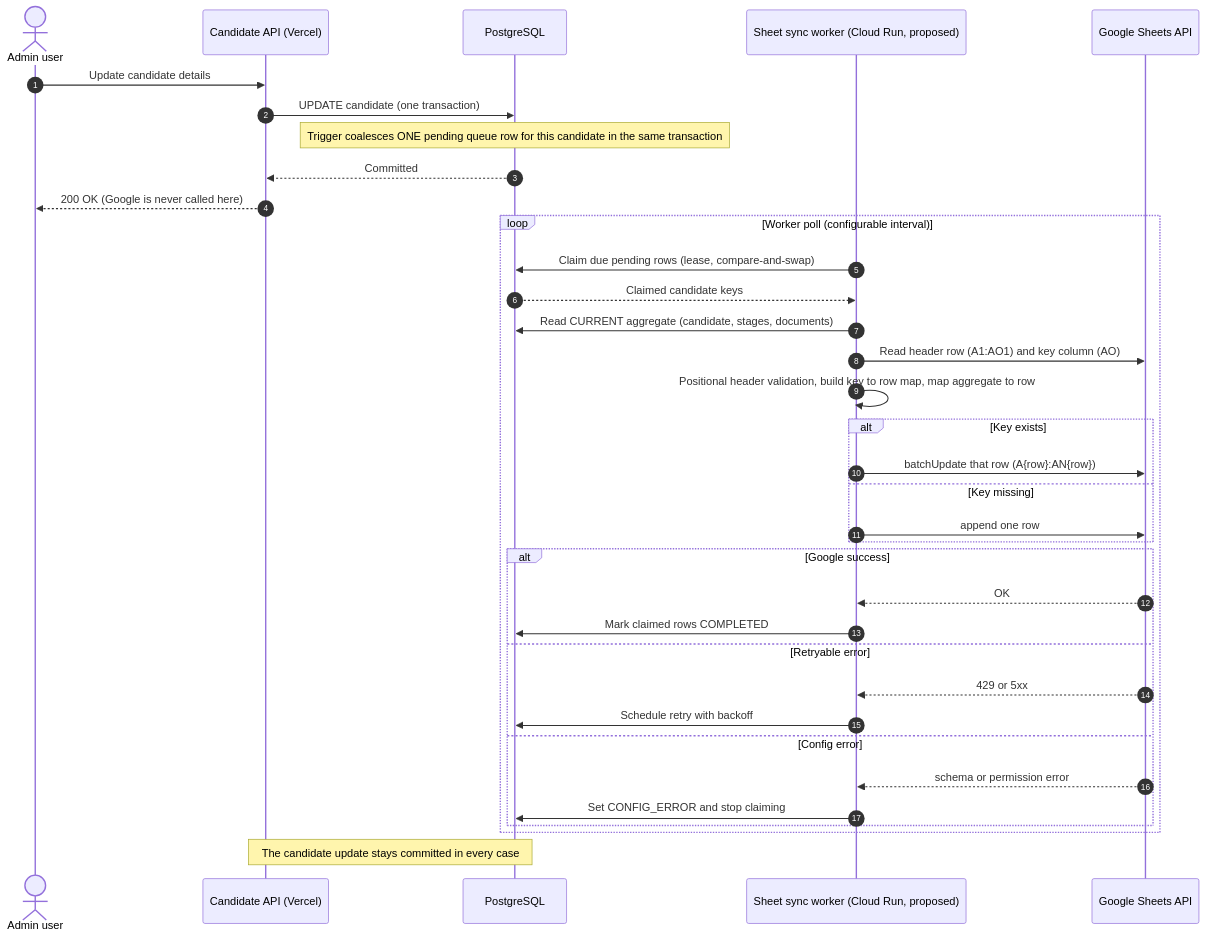
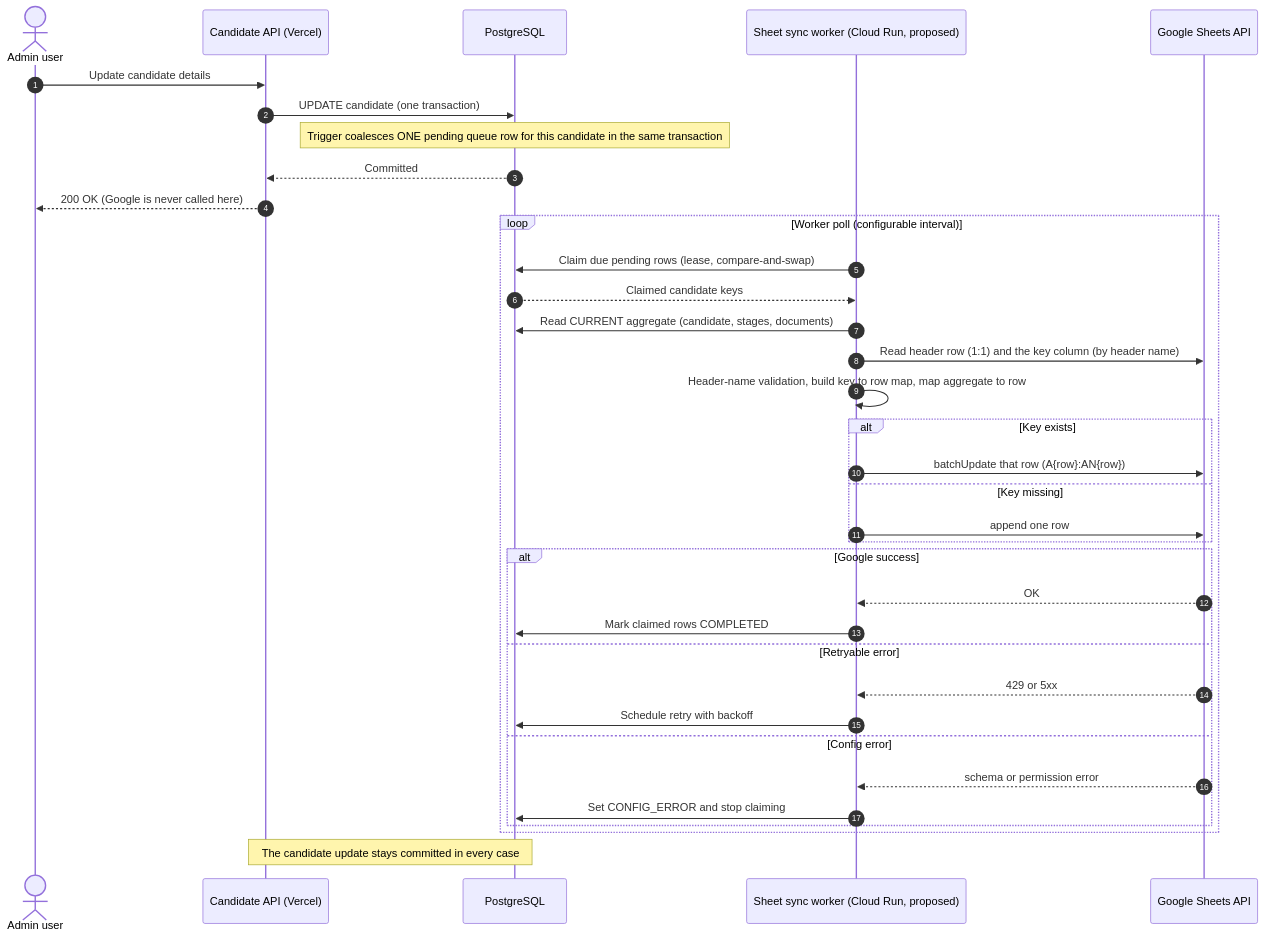
Before and after one commit to emlynk-pixel/EmlynkWABot: the third of 11 diagrams in Docs/GOOGLE_SHEET_CANDIDATE_SYNC_ARCHITECTURE.md, drawn with Mermaid. The commit also changed other lines of this file and 6 other files, not shown here.

````diff
--- a/Docs/GOOGLE_SHEET_CANDIDATE_SYNC_ARCHITECTURE.md
+++ b/Docs/GOOGLE_SHEET_CANDIDATE_SYNC_ARCHITECTURE.md
@@ -563,39 +563,39 @@
 ```mermaid
 sequenceDiagram
     autonumber
     actor Admin as Admin user
     participant App as Candidate API (Vercel)
     participant DB as PostgreSQL
     participant Worker as Sheet sync worker (Cloud Run, proposed)
     participant G as Google Sheets API
 
     Admin->>App: Update candidate details
     App->>DB: UPDATE candidate (one transaction)
     Note over DB: Trigger coalesces ONE pending queue row for this candidate in the same transaction
     DB-->>App: Committed
     App-->>Admin: 200 OK (Google is never called here)
 
     loop Worker poll (configurable interval)
         Worker->>DB: Claim due pending rows (lease, compare-and-swap)
         DB-->>Worker: Claimed candidate keys
         Worker->>DB: Read CURRENT aggregate (candidate, stages, documents)
-        Worker->>G: Read header row (A1:AO1) and key column (AO)
-        Worker->>Worker: Positional header validation, build key to row map, map aggregate to row
+        Worker->>G: Read header row (1:1) and the key column (by header name)
+        Worker->>Worker: Header-name validation, build key to row map, map aggregate to row
         alt Key exists
             Worker->>G: batchUpdate that row (A{row}:AN{row})
         else Key missing
             Worker->>G: append one row
         end
         alt Google success
             G-->>Worker: OK
             Worker->>DB: Mark claimed rows COMPLETED
         else Retryable error
             G-->>Worker: 429 or 5xx
             Worker->>DB: Schedule retry with backoff
         else Config error
             G-->>Worker: schema or permission error
             Worker->>DB: Set CONFIG_ERROR and stop claiming
         end
     end
     Note over DB,App: The candidate update stays committed in every case
 ```
````
